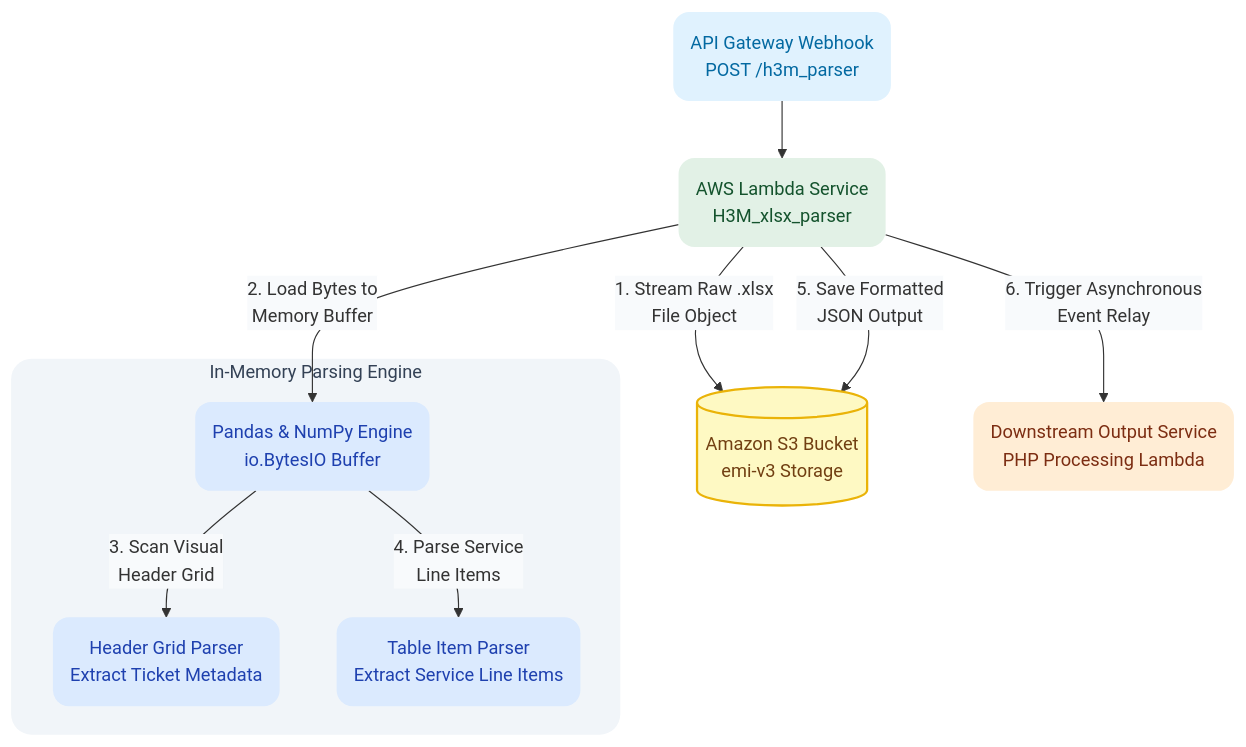
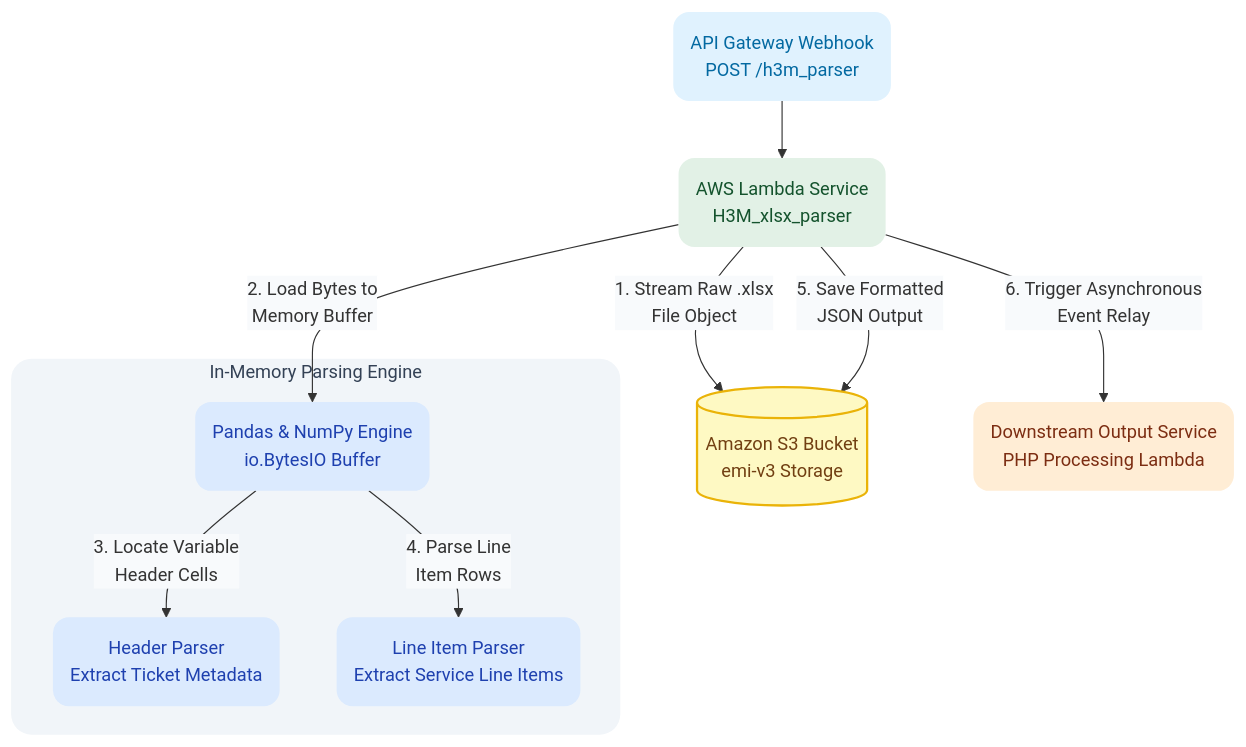
One commit to Vivianwcao/H3M-XLSX-Data-Parser changed the diagram in README.md. Above: the diagram before and after it, drawn with Mermaid. The commit also changed other lines of this file, not shown here.

````diff
--- a/README.md
+++ b/README.md
@@ -47,50 +16,50 @@
 ```mermaid
 %%{init: {'themeVariables': { 'edgeLabelBackground': '#F8FAFC' }}}%%
 flowchart TD
     %% Node Definitions with 2-line titles for spacious bubbles
     A("API Gateway Webhook<br/>POST /h3m_parser")
     B("AWS Lambda Service<br/>H3M_xlsx_parser")
     C[("Amazon S3 Bucket<br/>emi-v3 Storage")]
     
     subgraph In-Memory ["In-Memory Parsing Engine"]
         D("Pandas & NumPy Engine<br/>io.BytesIO Buffer")
-        E("Header Grid Parser<br/>Extract Ticket Metadata")
-        F("Table Item Parser<br/>Extract Service Line Items")
+        E("Header Parser<br/>Extract Ticket Metadata")
+        F("Line Item Parser<br/>Extract Service Line Items")
     end
 
     G("Downstream Output Service<br/>PHP Processing Lambda")
 
     %% Data Flow Connections with 2-line labels
     A --> B
     B -->|"1. Stream Raw .xlsx<br/>File Object"| C
     B -->|"2. Load Bytes to<br/>Memory Buffer"| D
-    D -->|"3. Scan Visual<br/>Header Grid"| E
-    D -->|"4. Parse Service<br/>Line Items"| F
+    D -->|"3. Locate Variable<br/>Header Cells"| E
+    D -->|"4. Parse Line<br/>Item Rows"| F
     B -->|"5. Save Formatted<br/>JSON Output"| C
     B -->|"6. Trigger Asynchronous<br/>Event Relay"| G
 
     %% Blueprint Color Classes
     classDef trigger fill:#E0F2FE,stroke:none,color:#0369A1,rx:14px,ry:14px;
     classDef compute fill:#E2F1E6,stroke:none,color:#14532D,rx:14px,ry:14px;
     classDef storage fill:#FEF9C3,stroke:#EAB308,stroke-width:2px,color:#713F12;
     classDef process fill:#DBEAFE,stroke:none,color:#1E40AF,rx:14px,ry:14px;
     classDef relay fill:#FFEDD5,stroke:none,color:#7C2D12,rx:14px,ry:14px;
 
     %% Category Assignments
     class A trigger;
 
     %% AWS Lambda Compute
     class B compute;
 
     %% Amazon S3 Storage Cylinder
     class C storage;
 
     %% Pastel Blue internal process bubbles (No borders)
     class D,E,F process;
 
     %% Downstream Relay Service
     class G relay;
 
     %% Subgraph Container: Borderless, Soft Slate Fill
     style In-Memory fill:#F1F5F9,stroke:none,rx:18px,ry:18px,color:#334155;
 ```
````
